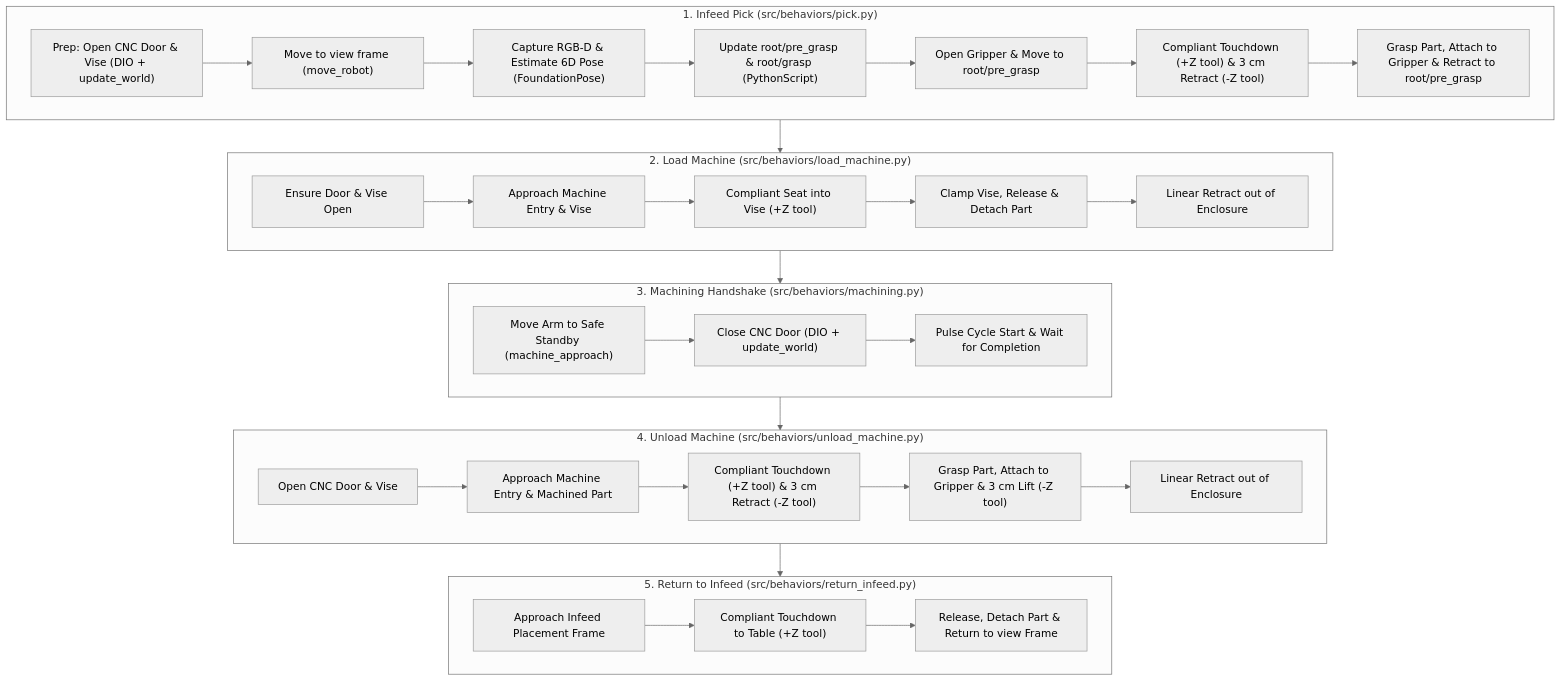
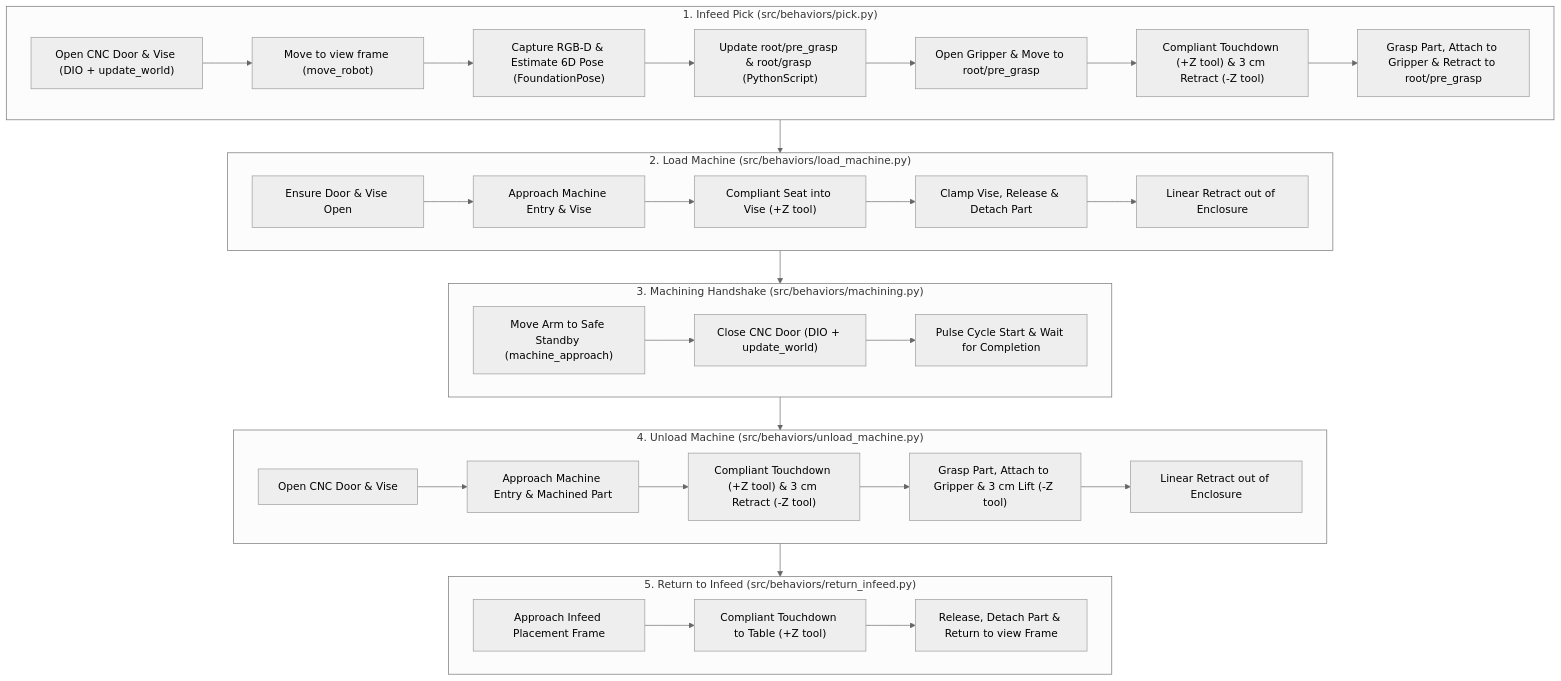
The diagram in README.md (intrinsic-ai/intrinsic-omts), drawn with Mermaid (neutral theme) before and after one commit. The commit also changed 7 other files, not shown here.

````diff
--- a/README.md
+++ b/README.md
@@ -35,37 +35,37 @@
 ```mermaid
 flowchart TD
     subgraph INFEED["1. Infeed Pick (src/behaviors/pick.py)"]
-        A1["Prep: Open CNC Door & Vise (DIO + update_world)"] --> A2["Move to view frame (move_robot)"]
+        A1["Open CNC Door & Vise (DIO + update_world)"] --> A2["Move to view frame (move_robot)"]
         A2 --> A3["Capture RGB-D & Estimate 6D Pose (FoundationPose)"]
         A3 --> A4["Update root/pre_grasp & root/grasp (PythonScript)"]
         A4 --> A5["Open Gripper & Move to root/pre_grasp"]
         A5 --> A6["Compliant Touchdown (+Z tool) & 3 cm Retract (-Z tool)"]
         A6 --> A7["Grasp Part, Attach to Gripper & Retract to root/pre_grasp"]
     end
 
     subgraph CNC_LOAD["2. Load Machine (src/behaviors/load_machine.py)"]
         B1["Ensure Door & Vise Open"] --> B2["Approach Machine Entry & Vise"]
         B2 --> B3["Compliant Seat into Vise (+Z tool)"]
         B3 --> B4["Clamp Vise, Release & Detach Part"]
         B4 --> B5["Linear Retract out of Enclosure"]
     end
 
     subgraph MACHINING["3. Machining Handshake (src/behaviors/machining.py)"]
         C1["Move Arm to Safe Standby (machine_approach)"] --> C2["Close CNC Door (DIO + update_world)"]
         C2 --> C3["Pulse Cycle Start & Wait for Completion"]
     end
 
     subgraph CNC_UNLOAD["4. Unload Machine (src/behaviors/unload_machine.py)"]
         D1["Open CNC Door & Vise"] --> D2["Approach Machine Entry & Machined Part"]
         D2 --> D3["Compliant Touchdown (+Z tool) & 3 cm Retract (-Z tool)"]
         D3 --> D4["Grasp Part, Attach to Gripper & 3 cm Lift (-Z tool)"]
         D4 --> D5["Linear Retract out of Enclosure"]
     end
 
     subgraph OUTFEED["5. Return to Infeed (src/behaviors/return_infeed.py)"]
         E1["Approach Infeed Placement Frame"] --> E2["Compliant Touchdown to Table (+Z tool)"]
         E2 --> E3["Release, Detach Part & Return to view Frame"]
     end
 
     INFEED --> CNC_LOAD --> MACHINING --> CNC_UNLOAD --> OUTFEED
 ```
````
